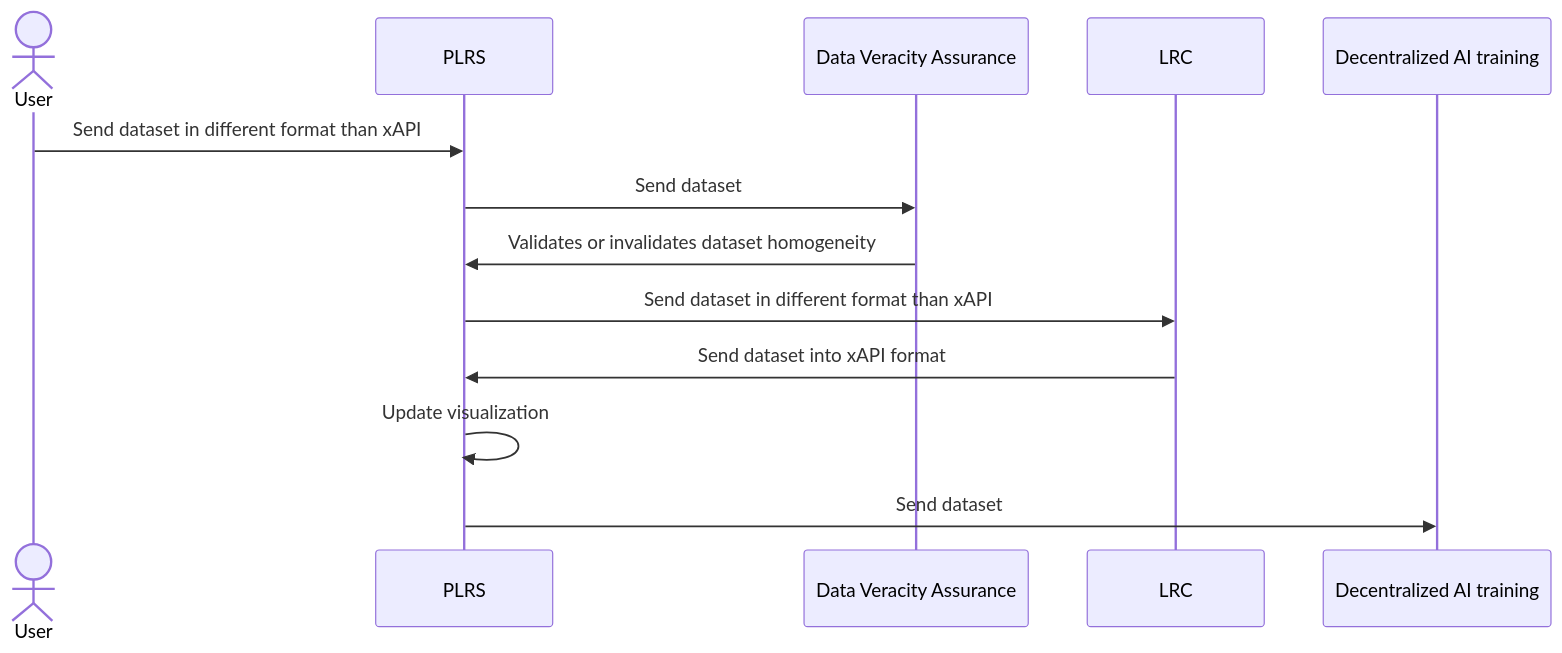
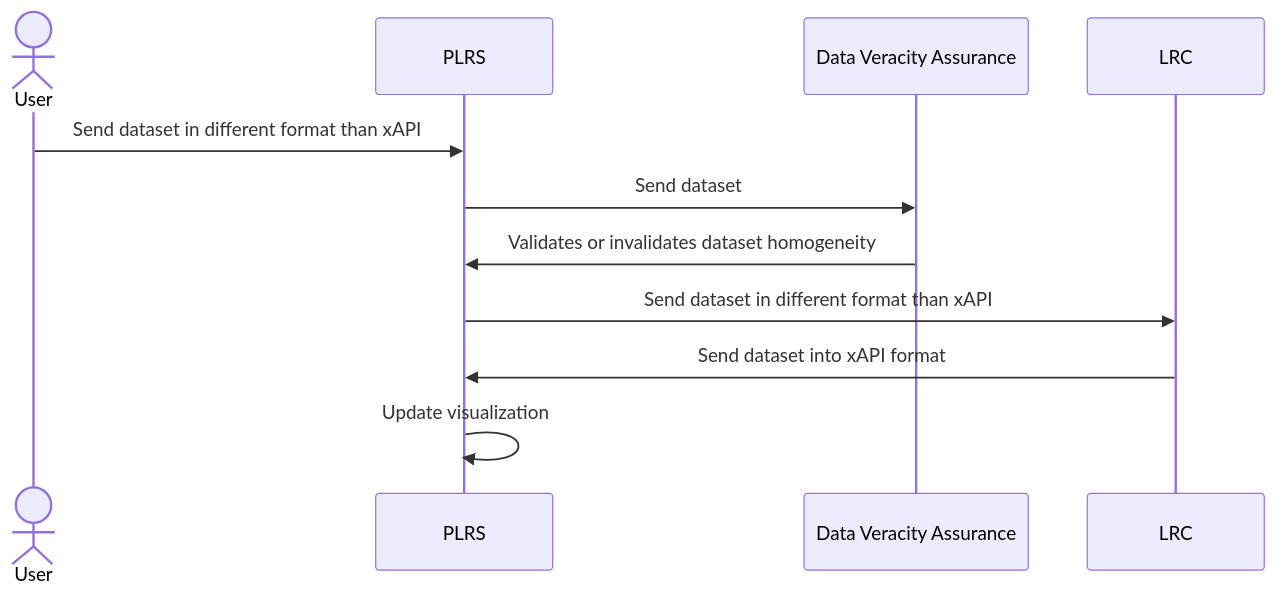
Before and after one commit to Prometheus-X-association/lrs-gateway: the fourth of 5 diagrams in docs/Personal Learning Record Store BB – Design document.md, drawn with Mermaid. The commit also changed other lines of this file, not shown here.

````diff
--- a/docs/Personal Learning Record Store BB – Design document.md
+++ b/docs/Personal Learning Record Store BB – Design document.md
@@ -756,11 +756,10 @@
 ```mermaid
 sequenceDiagram
    actor User as User
    User->>PLRS: Send dataset in different format than xAPI
    PLRS->>Data Veracity Assurance: Send dataset
   Data Veracity Assurance->>PLRS: Validates or invalidates dataset homogeneity
    PLRS->>LRC: Send dataset in different format than xAPI
    LRC->>PLRS: Send dataset into xAPI format
    PLRS->>PLRS: Update visualization
-   PLRS->>Decentralized AI training: Send dataset
 ```
````
